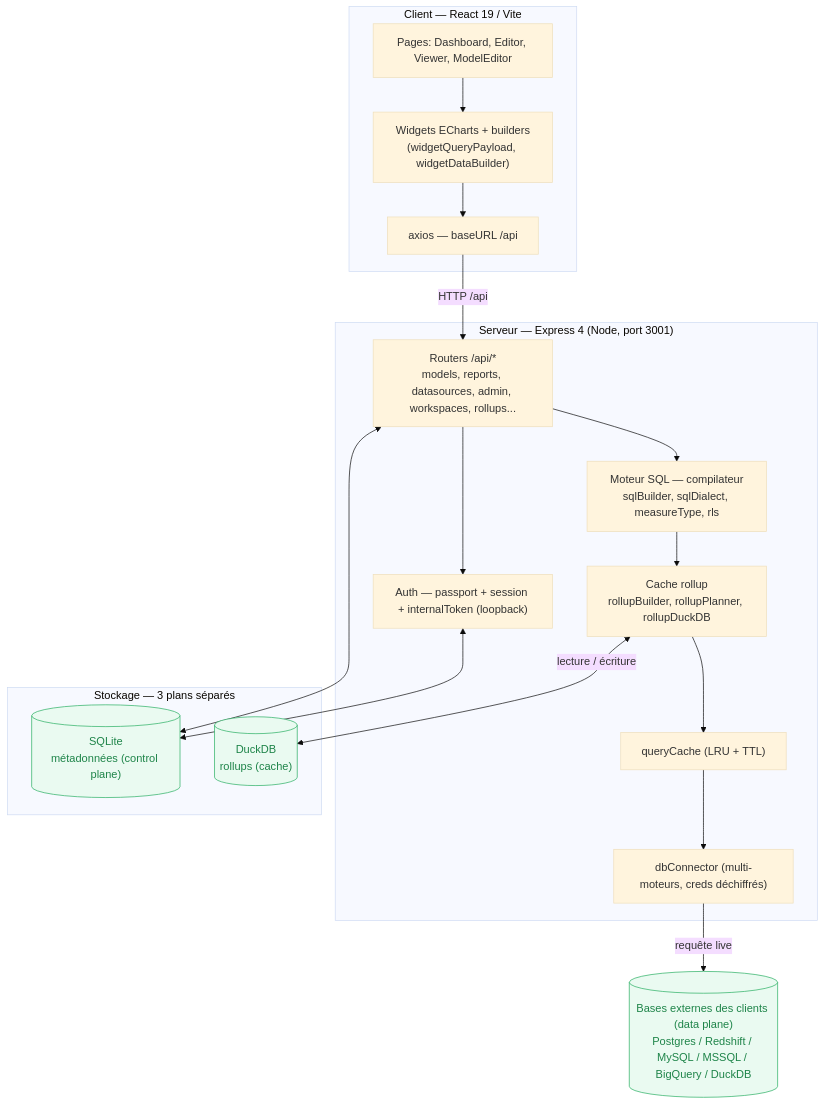
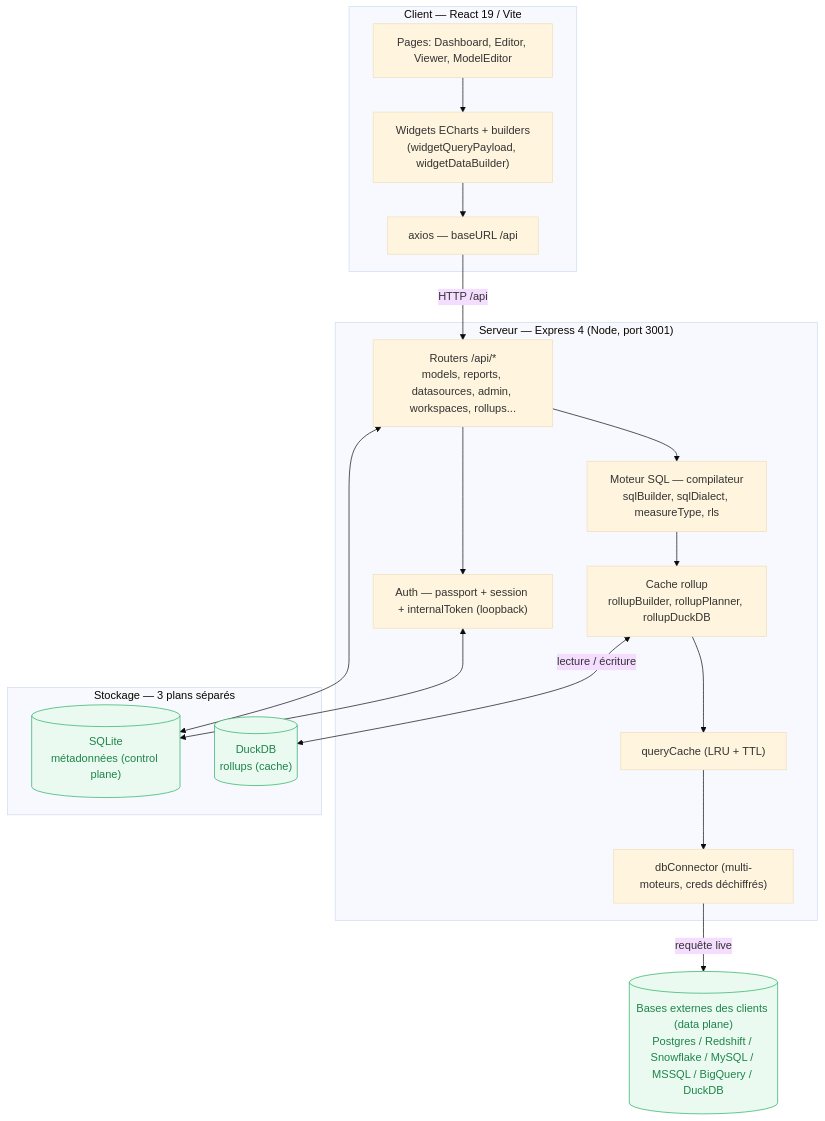
One commit to cracky777/openreport changed the first of 5 diagrams in docs/ARCHITECTURE.md. Above: the diagram before and after it, drawn with Mermaid (base theme). The commit also changed other lines of this file and 18 other files, not shown here.

````diff
--- a/docs/ARCHITECTURE.md
+++ b/docs/ARCHITECTURE.md
@@ -36,37 +36,37 @@
 ```mermaid
 flowchart TB
   subgraph Client["Client — React 19 / Vite"]
     UI["Pages: Dashboard, Editor, Viewer, ModelEditor"]
     WIDG["Widgets ECharts + builders<br/>(widgetQueryPayload, widgetDataBuilder)"]
     AX["axios — baseURL /api"]
     UI --> WIDG --> AX
   end
 
   subgraph Server["Serveur — Express 4 (Node, port 3001)"]
     RT["Routers /api/*<br/>models, reports, datasources, admin, workspaces, rollups..."]
     AUTH["Auth — passport + session + internalToken (loopback)"]
     ENG["Moteur SQL — compilateur<br/>sqlBuilder, sqlDialect, measureType, rls"]
     ROLL["Cache rollup<br/>rollupBuilder, rollupPlanner, rollupDuckDB"]
     QC["queryCache (LRU + TTL)"]
     CONN["dbConnector (multi-moteurs, creds déchiffrés)"]
   end
 
   subgraph Data["Stockage — 3 plans séparés"]
     META[("SQLite<br/>métadonnées (control plane)")]
     RUP[("DuckDB<br/>rollups (cache)")]
   end
-  EXT[("Bases externes des clients (data plane)<br/>Postgres / Redshift / MySQL / MSSQL / BigQuery / DuckDB")]
+  EXT[("Bases externes des clients (data plane)<br/>Postgres / Redshift / Snowflake / MySQL / MSSQL / BigQuery / DuckDB")]
 
   AX -->|"HTTP /api"| RT
   RT --> AUTH
   RT --> ENG
   ENG --> ROLL
   ROLL --> QC --> CONN
   CONN -->|"requête live"| EXT
   ROLL <-->|"lecture / écriture"| RUP
   RT <--> META
   AUTH <--> META
 
   classDef strong fill:#eafaf1,stroke:#27ae60,stroke-width:1px,color:#1e8449;
   class META,RUP,EXT strong
 ```
````
